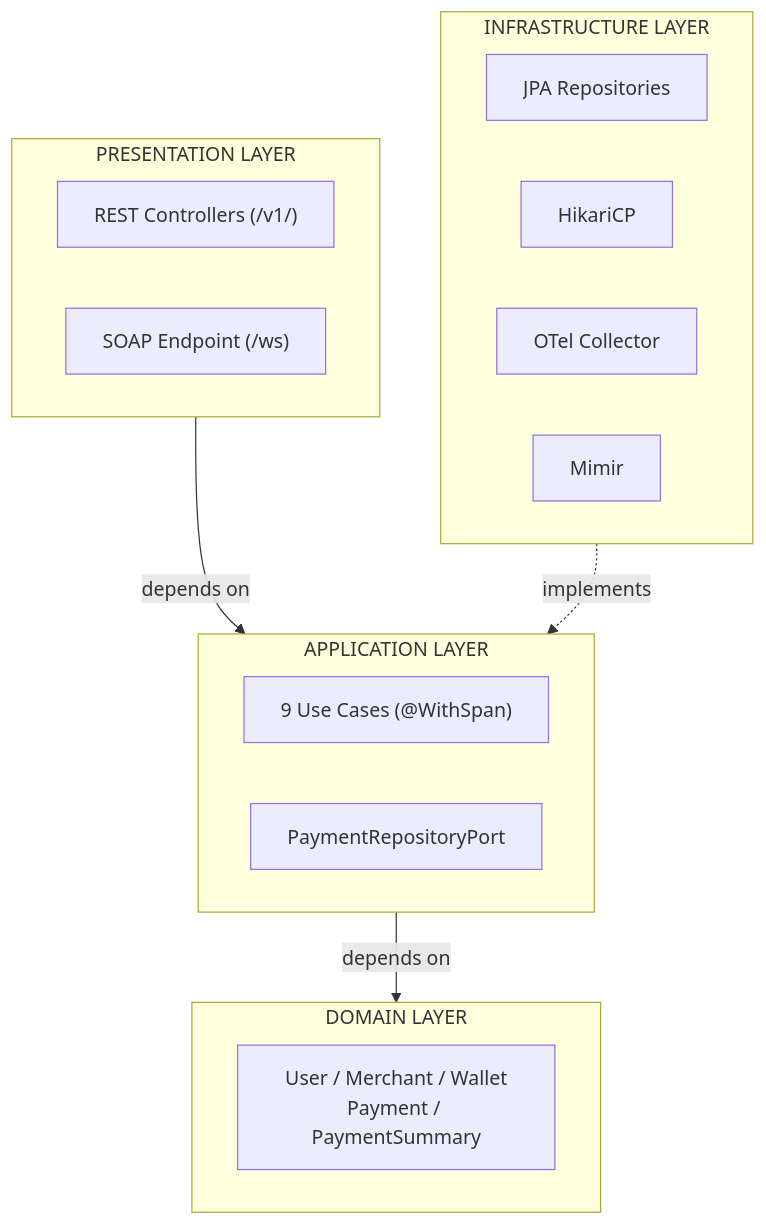
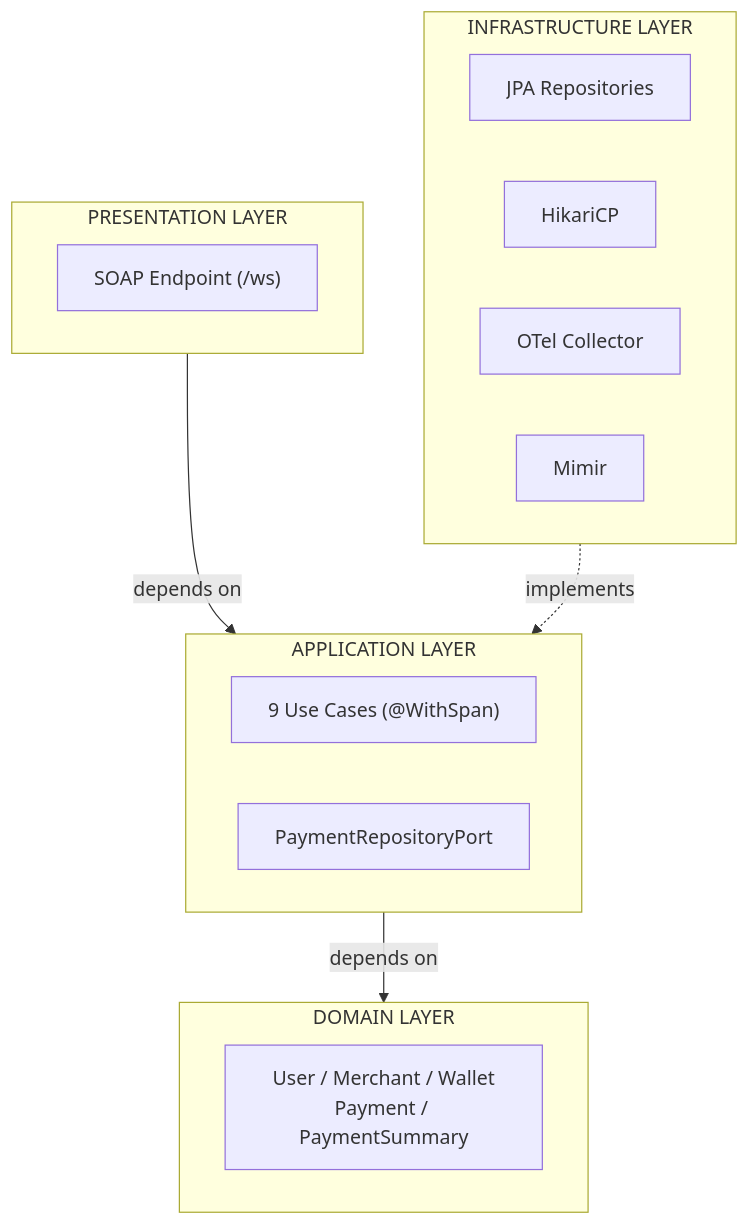
One commit to BugMentor/k6-java-spring-soap-example changed the third of 5 diagrams in README.md. Above: the diagram before and after it, drawn with Mermaid. The commit also changed other lines of this file and 8 other files, not shown here.

````diff
--- a/README.md
+++ b/README.md
@@ -135,23 +135,22 @@
 ```mermaid
 graph TD
     subgraph Presentation["PRESENTATION LAYER"]
-        REST["REST Controllers (/v1/)"]
         SOAP["SOAP Endpoint (/ws)"]
     end
     subgraph Application["APPLICATION LAYER"]
         UC["9 Use Cases (@WithSpan)"]
         Port["PaymentRepositoryPort"]
     end
     subgraph Domain["DOMAIN LAYER"]
         Ent["User / Merchant / Wallet<br/>Payment / PaymentSummary"]
     end
     subgraph Infrastructure["INFRASTRUCTURE LAYER"]
         JPA["JPA Repositories"]
         HikariCP["HikariCP"]
         OTel["OTel Collector"]
         Mimir["Mimir"]
     end
     Presentation -->|depends on| Application
     Application -->|depends on| Domain
     Infrastructure -.->|implements| Application
 ```
````
